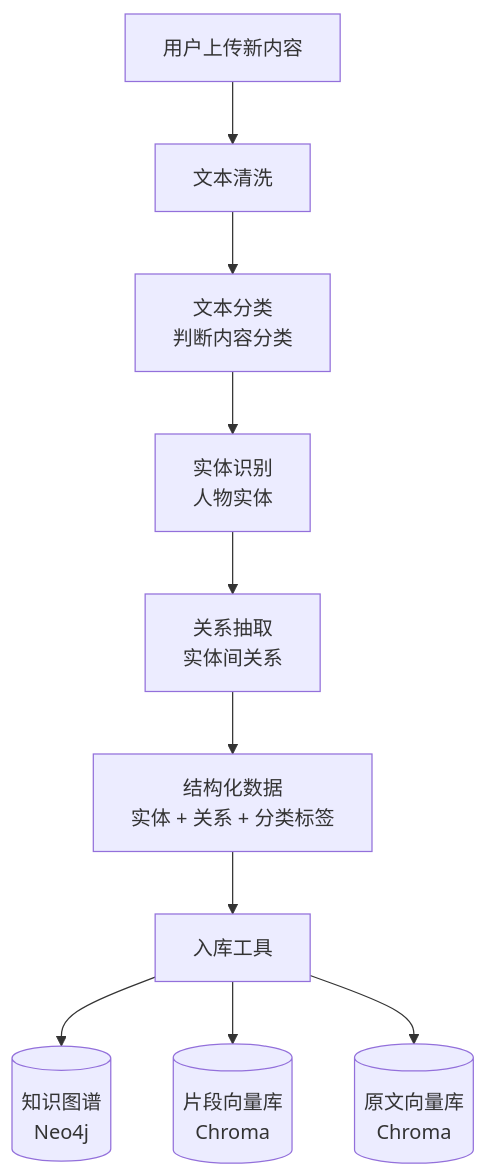
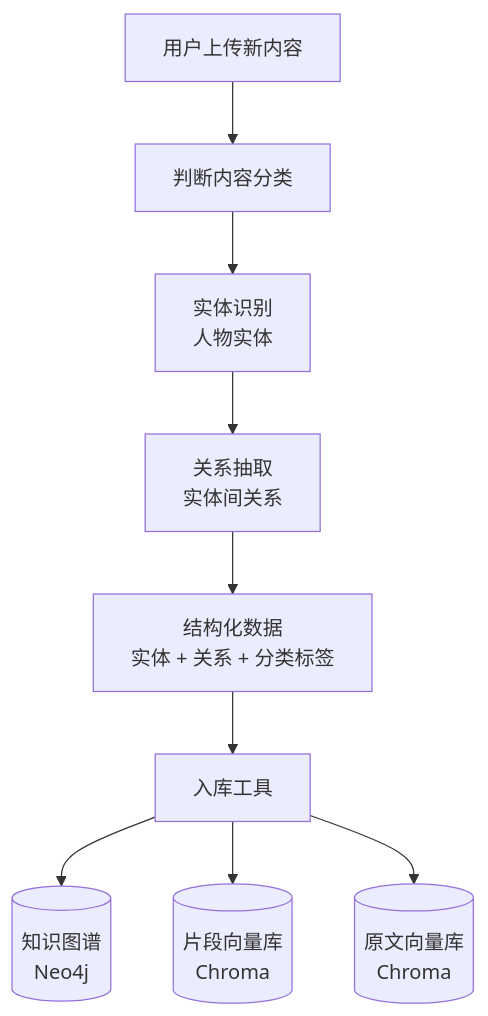
The first of 4 diagrams in README.md (TravelDaivd/novelAgent), drawn with Mermaid before and after one commit. The commit also changed other lines of this file, not shown here.

````diff
--- a/README.md
+++ b/README.md
@@ -57,12 +57,11 @@
 ```mermaid
 flowchart TD
-    Upload[用户上传新内容] --> Clean[文本清洗]
-    Clean --> Classify[文本分类<br>判断内容分类]
+    Upload[用户上传新内容] --> Classify[判断内容分类]
     Classify --> NER[实体识别<br>人物实体]
     NER --> RE[关系抽取<br>实体间关系]
     RE --> Struct[结构化数据<br>实体 + 关系 + 分类标签]
     Struct --> Tools[入库工具]
     Tools --> Neo4j[(知识图谱<br>Neo4j)]
     Tools --> Chroma1[(片段向量库<br>Chroma)]
     Tools --> Chroma2[(原文向量库<br>Chroma)]
 ```
````
